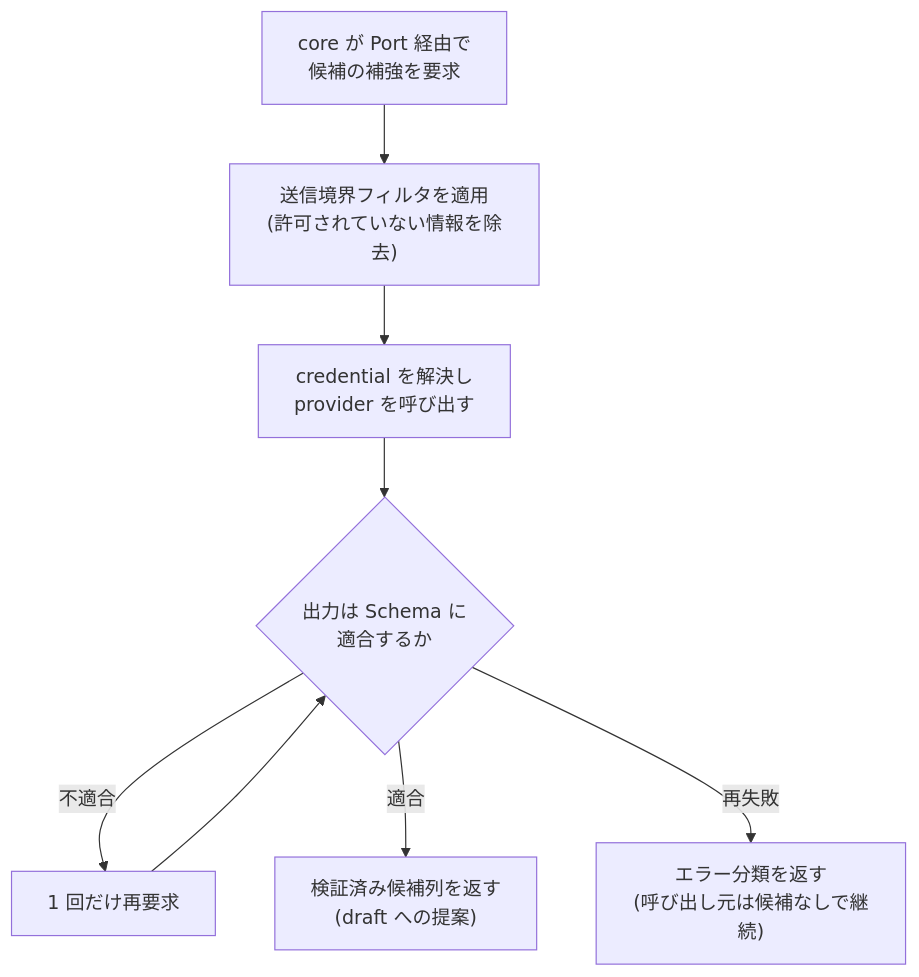
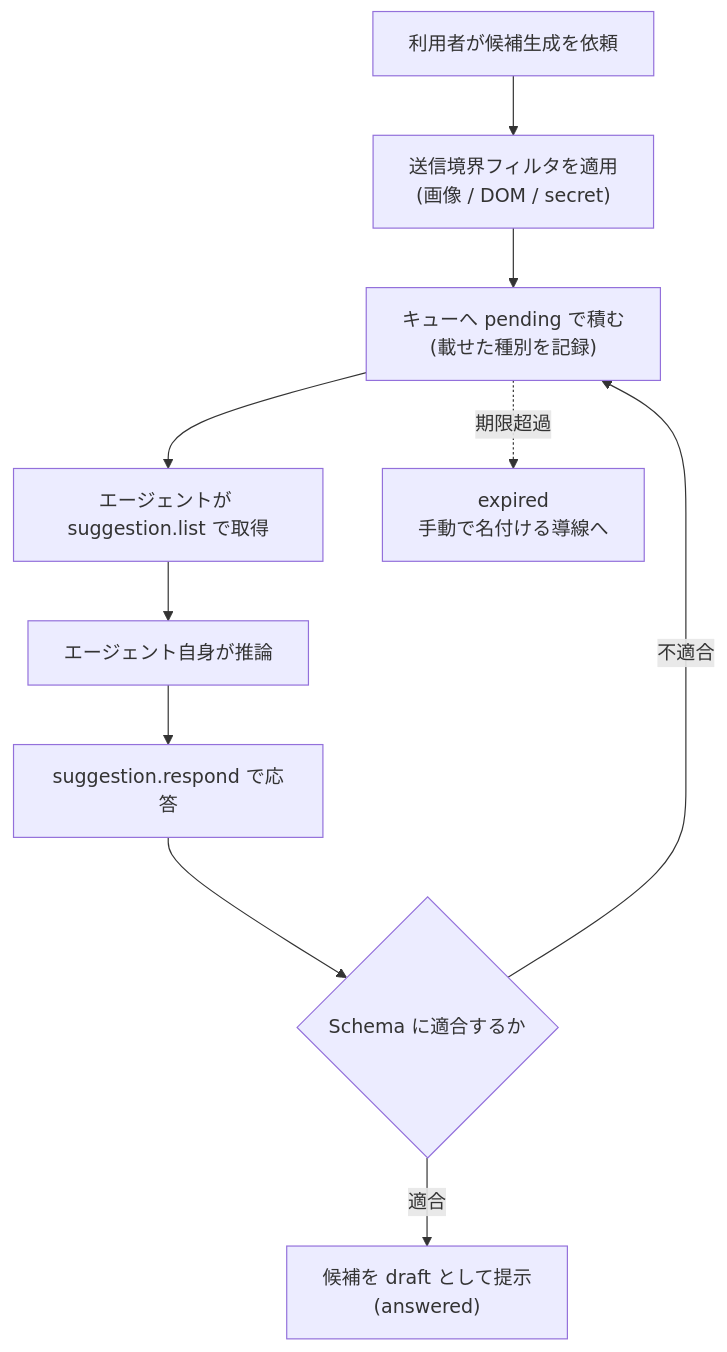
Before and after one commit to Fukuemon/screen-contract: the second of 2 diagrams in design/features/ai-suggestions/DesignDoc_ai-suggestions.md, drawn with Mermaid. The commit also changed other lines of this file and 8 other files, not shown here.

````diff
--- a/design/features/ai-suggestions/DesignDoc_ai-suggestions.md
+++ b/design/features/ai-suggestions/DesignDoc_ai-suggestions.md
@@ -139,10 +124,12 @@
 ```mermaid
 flowchart TD
-    A["core が Port 経由で<br/>候補の補強を要求"] --> B["送信境界フィルタを適用<br/>(許可されていない情報を除去)"]
-    B --> C["credential を解決し<br/>provider を呼び出す"]
-    C --> D{"出力は Schema に<br/>適合するか"}
-    D -->|不適合| E["1 回だけ再要求"]
-    E --> D
-    D -->|適合| F["検証済み候補列を返す<br/>(draft への提案)"]
-    D -->|再失敗| G["エラー分類を返す<br/>(呼び出し元は候補なしで継続)"]
+    A["利用者が候補生成を依頼"] --> B["送信境界フィルタを適用<br/>(画像 / DOM / secret)"]
+    B --> C["キューへ pending で積む<br/>(載せた種別を記録)"]
+    C --> D["エージェントが suggestion.list で取得"]
+    D --> E["エージェント自身が推論"]
+    E --> F["suggestion.respond で応答"]
+    F --> G{"Schema に適合するか"}
+    G -->|適合| H["候補を draft として提示<br/>(answered)"]
+    G -->|不適合| C
+    C -.->|"期限超過"| I["expired<br/>手動で名付ける導線へ"]
 ```
````
